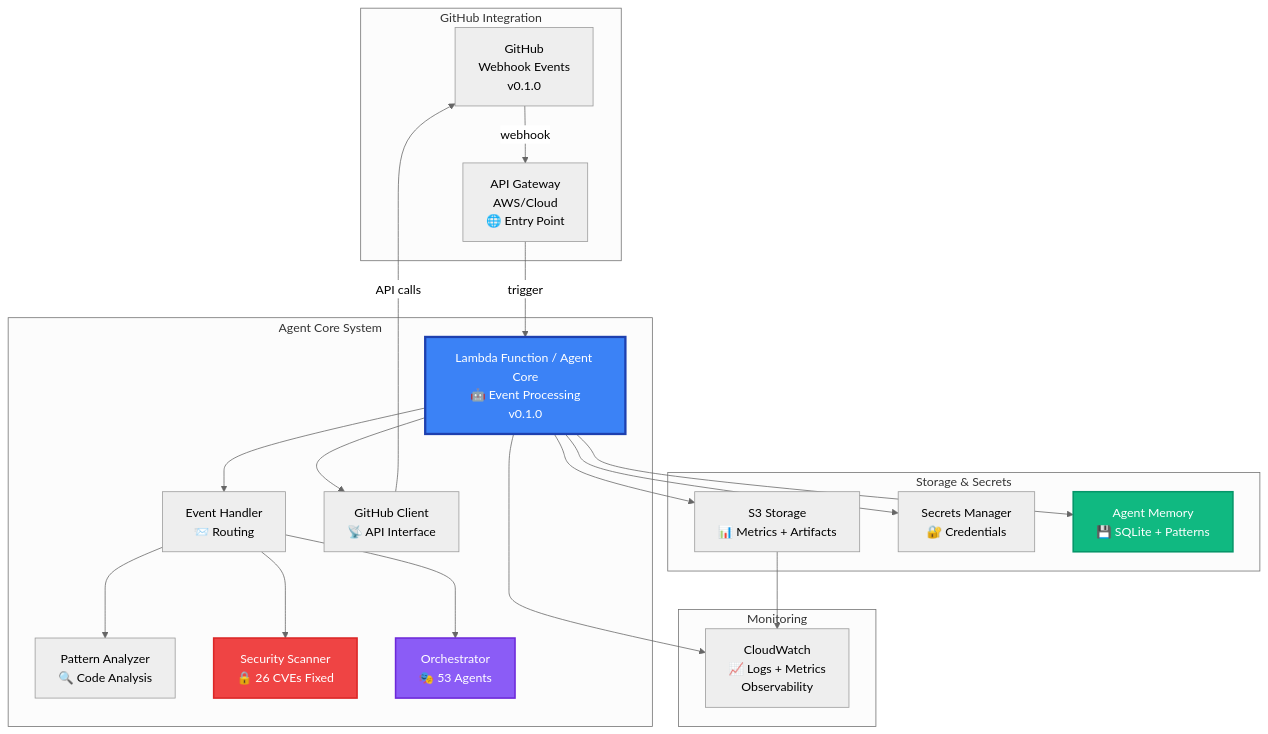
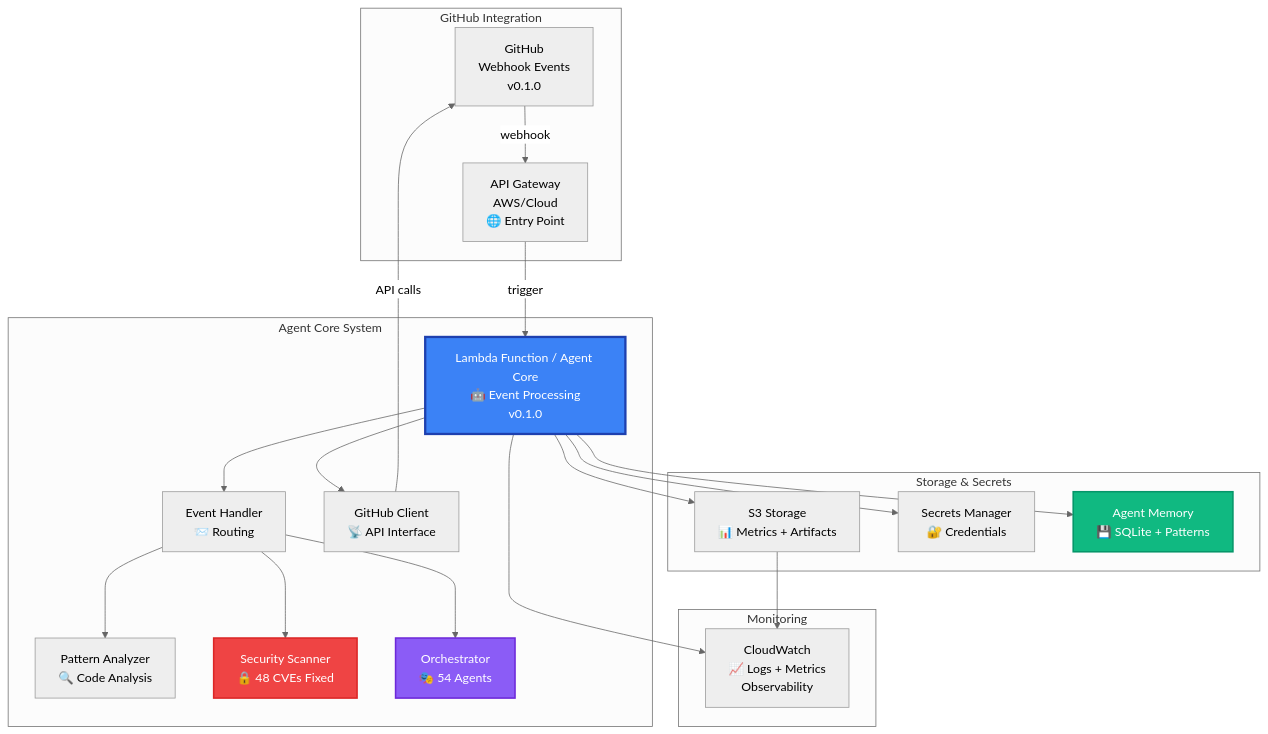
One commit to Aries-Serpent/_codex_ changed the first of 4 diagrams in .github/agents/ARCHITECTURE.md. Above: the diagram before and after it, drawn with Mermaid (neutral theme). The commit also changed other lines of this file and 7 other files, not shown here.

First line of the commit message:
S83: Update AAIS V3.2 (95.3/100), QA walkthrough report, refresh all custom agent files with current stats (54 agents, 48 CVEs, 1500+ tests, marshmallow 4.x migration context)

````diff
--- a/.github/agents/ARCHITECTURE.md
+++ b/.github/agents/ARCHITECTURE.md
@@ -16,50 +16,50 @@
 ```mermaid
 graph TB
     subgraph "GitHub Integration"
         GH[GitHub<br/>Webhook Events<br/>v0.1.0]
         API[API Gateway<br/>AWS/Cloud<br/>🌐 Entry Point]
     end
     
     subgraph "Agent Core System"
         Lambda[Lambda Function / Agent Core<br/>🤖 Event Processing<br/>v0.1.0]
         Handler[Event Handler<br/>📨 Routing]
         Analyzer[Pattern Analyzer<br/>🔍 Code Analysis]
-        Scanner[Security Scanner<br/>🔒 26 CVEs Fixed]
-        Orch[Orchestrator<br/>🎭 53 Agents]
+        Scanner[Security Scanner<br/>🔒 48 CVEs Fixed]
+        Orch[Orchestrator<br/>🎭 54 Agents]
         Client[GitHub Client<br/>📡 API Interface]
     end
     
     subgraph "Storage & Secrets"
         S3[S3 Storage<br/>📊 Metrics + Artifacts]
         Secrets[Secrets Manager<br/>🔐 Credentials]
         Memory[Agent Memory<br/>💾 SQLite + Patterns]
     end
     
     subgraph "Monitoring"
         CW[CloudWatch<br/>📈 Logs + Metrics<br/>Observability]
     end
     
     %% Flow
     GH -->|webhook| API
     API -->|trigger| Lambda
     Lambda --> Handler
     Handler --> Analyzer
     Handler --> Scanner
     Handler --> Orch
     Lambda --> Client
     
     Client -->|API calls| GH
     
     Lambda --> S3
     Lambda --> Secrets
     Lambda --> Memory
     
     S3 --> CW
     Lambda --> CW
     
     %% Styling
     style Lambda fill:#3b82f6,stroke:#1e40af,stroke-width:3px,color:#fff
     style Orch fill:#8b5cf6,stroke:#6d28d9,stroke-width:2px,color:#fff
     style Scanner fill:#ef4444,stroke:#dc2626,stroke-width:2px,color:#fff
     style Memory fill:#10b981,stroke:#059669,stroke-width:2px,color:#fff
 ```
````
